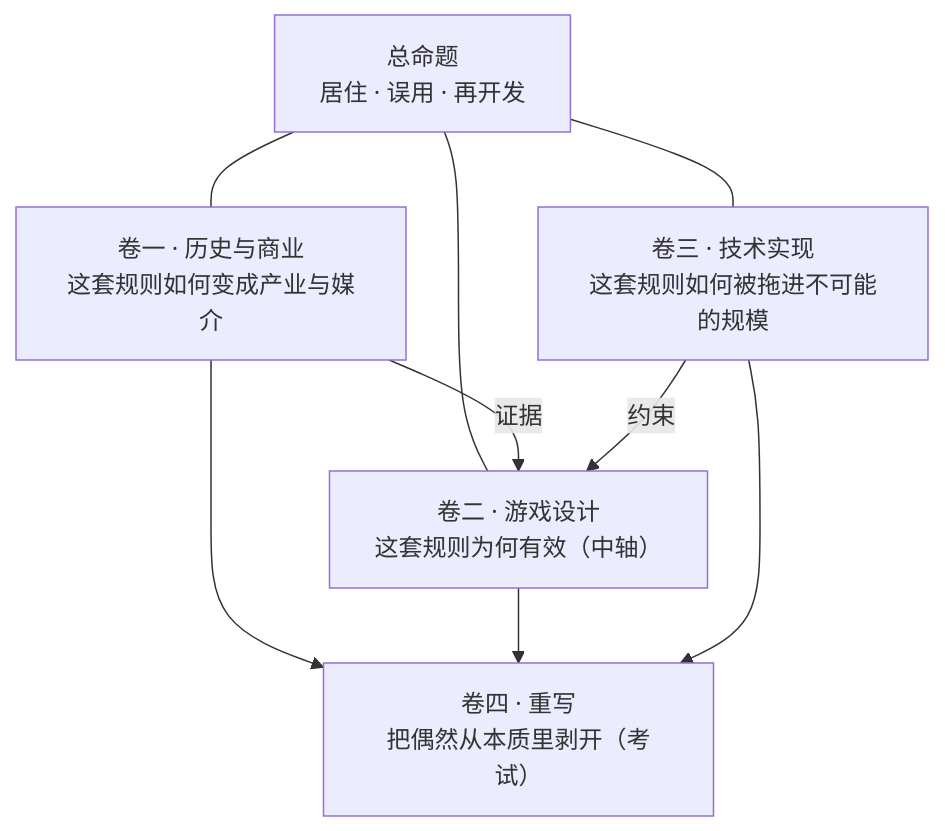
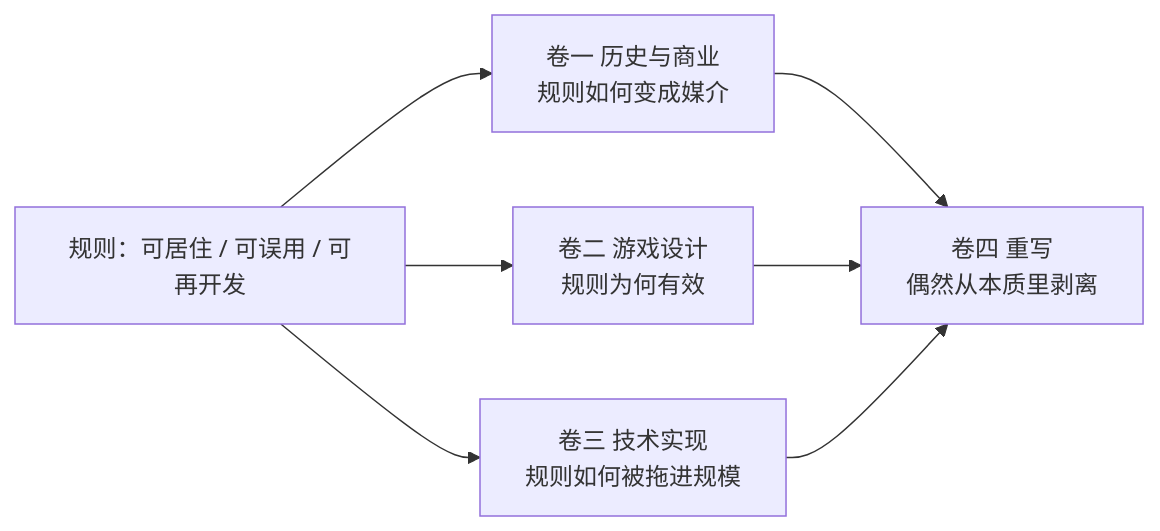
The diagram in docs/prelude/thesis.mdx (Dreamtowards/Thinking-In-Minecraft), drawn with Mermaid before and after one commit. The commit also changed other lines of this file and 77 other files, not shown here.

````diff
--- a/docs/prelude/thesis.mdx
+++ b/docs/prelude/thesis.mdx
@@ -38,12 +44,15 @@
 ```mermaid
-flowchart TB
-    thesis["总命题<br/>居住 · 误用 · 再开发"]
-    v1["卷一 · 历史与商业<br/>这套规则如何变成产业与媒介"]
-    v2["卷二 · 游戏设计<br/>这套规则为何有效（中轴）"]
-    v3["卷三 · 技术实现<br/>这套规则如何被拖进不可能的规模"]
-    v4["卷四 · 重写<br/>把偶然从本质里剥开（考试）"]
-    thesis --- v1 & v2 & v3
-    v1 -- "证据" --> v2
-    v3 -- "约束" --> v2
-    v1 & v2 & v3 --> v4
+flowchart LR
+  rules["规则：可居住 / 可误用 / 可再开发"]
+  v1["卷一 历史与商业<br/>规则如何变成媒介"]
+  v2["卷二 游戏设计<br/>规则为何有效"]
+  v3["卷三 技术实现<br/>规则如何被拖进规模"]
+  v4["卷四 重写<br/>偶然从本质里剥离"]
+
+  rules --> v1
+  rules --> v2
+  rules --> v3
+  v1 --> v4
+  v2 --> v4
+  v3 --> v4
 ```
````
